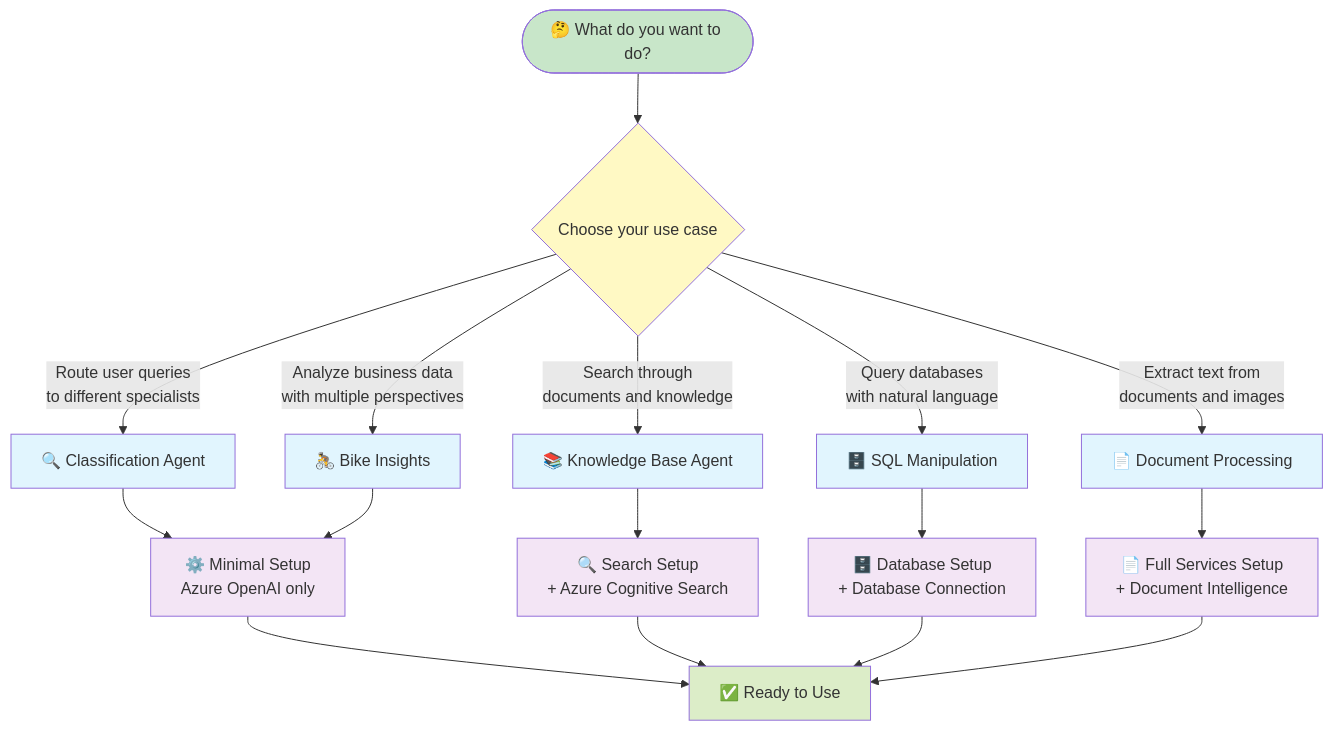
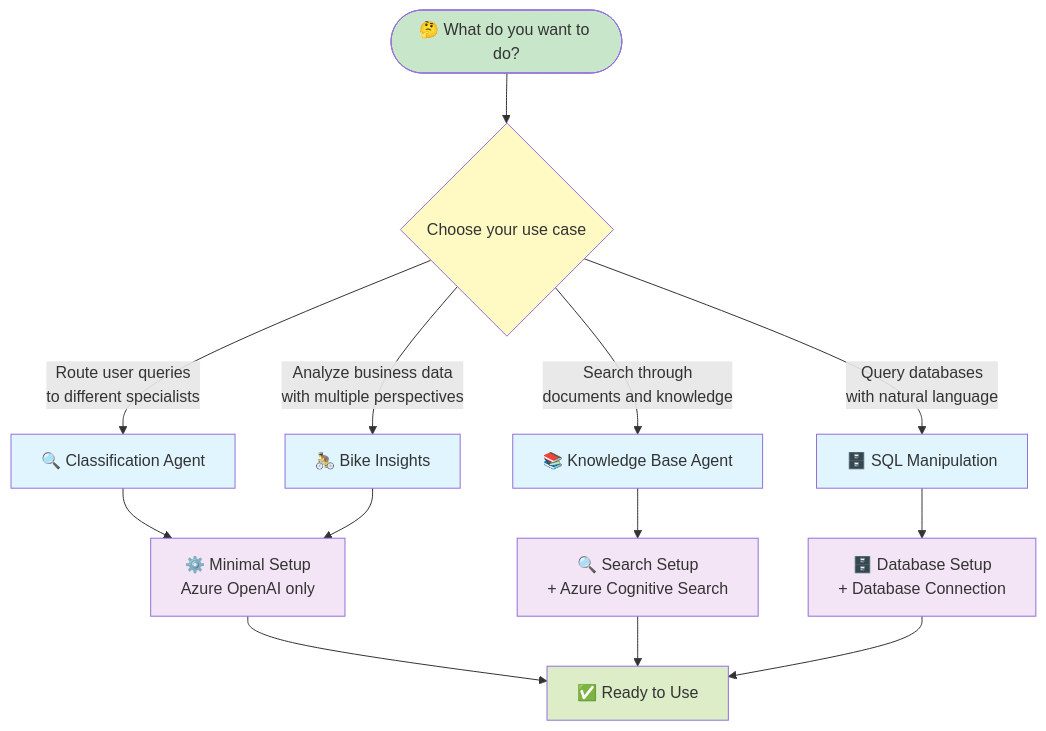
One commit to the-ingenious-dark-knight/Insight_Ingenious changed the tenth of 10 diagrams in docs/workflows/README.md. Above: the diagram before and after it, drawn with Mermaid. The commit also changed other lines of this file and 1 other file, not shown here.

Commit message:
fix: Update README to clarify bike-insights workflow inclusion in extensions template and remove document processing references

````diff
--- a/docs/workflows/README.md
+++ b/docs/workflows/README.md
@@ -566,36 +429,32 @@
 ```mermaid
 flowchart TD
     START([🤔 What do you want to do?]) --> DECISION{Choose your use case}
 
     DECISION -->|Route user queries<br/>to different specialists| CLASSIFICATION[🔍 Classification Agent]
     DECISION -->|Analyze business data<br/>with multiple perspectives| BIKE_INSIGHTS[🚴 Bike Insights]
     DECISION -->|Search through<br/>documents and knowledge| KNOWLEDGE[📚 Knowledge Base Agent]
     DECISION -->|Query databases<br/>with natural language| SQL[🗄️ SQL Manipulation]
-    DECISION -->|Extract text from<br/>documents and images| DOCUMENT[📄 Document Processing]
 
     CLASSIFICATION --> SETUP_MINIMAL[⚙️ Minimal Setup<br/>Azure OpenAI only]
     BIKE_INSIGHTS --> SETUP_MINIMAL
 
     KNOWLEDGE --> SETUP_SEARCH[🔍 Search Setup<br/>+ Azure Cognitive Search]
 
     SQL --> SETUP_DATABASE[🗄️ Database Setup<br/>+ Database Connection]
 
-    DOCUMENT --> SETUP_SERVICES[📄 Full Services Setup<br/>+ Document Intelligence]
-
     SETUP_MINIMAL --> READY[✅ Ready to Use]
     SETUP_SEARCH --> READY
     SETUP_DATABASE --> READY
-    SETUP_SERVICES --> READY
 
     classDef start fill:#c8e6c9
     classDef decision fill:#fff9c4
     classDef workflow fill:#e1f5fe
     classDef setup fill:#f3e5f5
     classDef ready fill:#dcedc8
 
     class START start
     class DECISION decision
-    class CLASSIFICATION,BIKE_INSIGHTS,KNOWLEDGE,SQL,DOCUMENT workflow
-    class SETUP_MINIMAL,SETUP_SEARCH,SETUP_DATABASE,SETUP_SERVICES setup
+    class CLASSIFICATION,BIKE_INSIGHTS,KNOWLEDGE,SQL workflow
+    class SETUP_MINIMAL,SETUP_SEARCH,SETUP_DATABASE setup
     class READY ready
 ```
````
